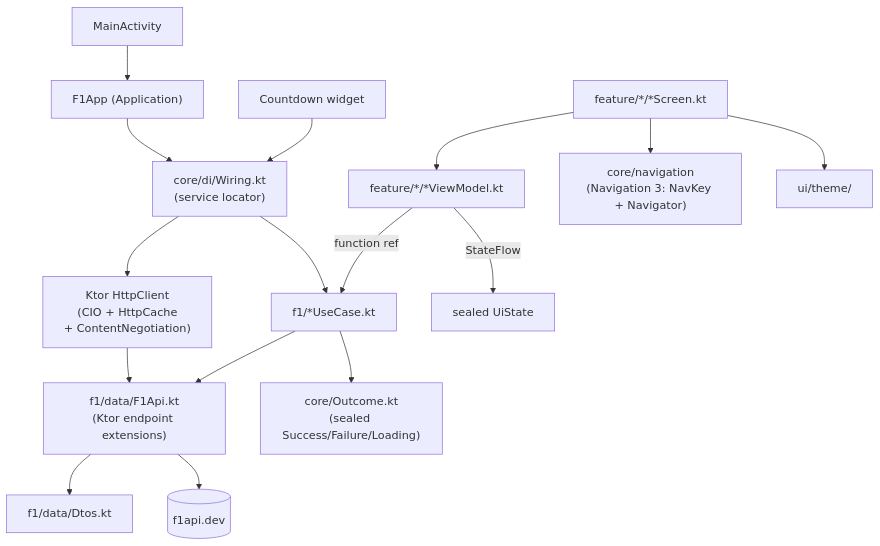
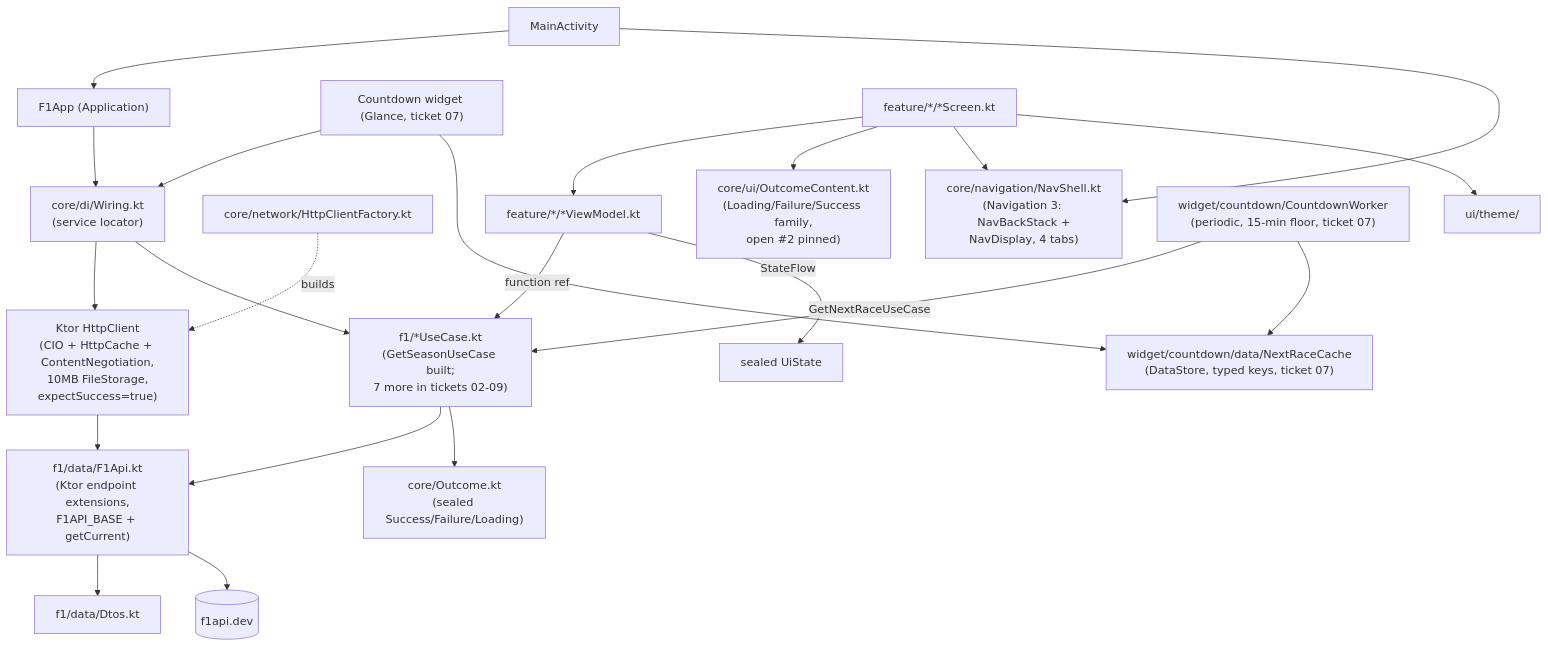
One commit to anpurnama11/my-f1-companion-app changed the diagram in lode/architecture/architecture.md. Above: the diagram before and after it, drawn with Mermaid. The commit also changed other lines of this file and 57 other files, not shown here.

````diff
--- a/lode/architecture/architecture.md
+++ b/lode/architecture/architecture.md
@@ -7,18 +24,27 @@
 ```mermaid
 flowchart TD
     MainActivity --> F1App
     F1App["F1App (Application)"] --> Wiring
-    Widget["Countdown widget"] --> Wiring
-    Wiring["core/di/Wiring.kt\n(service locator)"] --> HttpClient["Ktor HttpClient\n(CIO + HttpCache\n+ ContentNegotiation)"]
-    Wiring --> UseCases["f1/*UseCase.kt"]
-    HttpClient --> F1Api["f1/data/F1Api.kt\n(Ktor endpoint extensions)"]
+    Widget["Countdown widget (Glance, ticket 07)"] --> Wiring
+    Wiring["core/di/Wiring.kt\n(service locator)"] --> HttpClient["Ktor HttpClient\n(CIO + HttpCache + ContentNegotiation,\n10MB FileStorage,\nexpectSuccess=true)"]
+    Wiring --> UseCases["f1/*UseCase.kt
+(GetSeasonUseCase built;\n7 more in tickets 02-09)"]
+    HttpClientFactory["core/network/HttpClientFactory.kt"] -.->|builds| HttpClient
+    HttpClient --> F1Api["f1/data/F1Api.kt\n(Ktor endpoint extensions,\nF1API_BASE + getCurrent)"]
     F1Api --> DTOs["f1/data/Dtos.kt"]
     F1Api --> f1apiDev[("f1api.dev")]
     UseCases --> F1Api
     UseCases --> Outcome["core/Outcome.kt\n(sealed Success/Failure/Loading)"]
     ViewModel["feature/*/*ViewModel.kt"] -->|function ref| UseCases
     ViewModel -->|StateFlow| UiState["sealed UiState"]
     Screen["feature/*/*Screen.kt"] --> ViewModel
-    Screen --> Nav3["core/navigation\n(Navigation 3: NavKey + Navigator)"]
+    Screen --> OutcomeContent["core/ui/OutcomeContent.kt\n(Loading/Failure/Success family,\nopen #2 pinned)"]
+    Screen --> Nav3["core/navigation/NavShell.kt\n(Navigation 3: NavBackStack +\nNavDisplay, 4 tabs)"]
     Screen --> Theme["ui/theme/"]
+    CountdownWorker["widget/countdown/CountdownWorker
+(periodic, 15-min floor, ticket 07)"] -->|GetNextRaceUseCase| UseCases
+    CountdownWorker --> NextRaceCache["widget/countdown/data/NextRaceCache
+(DataStore<Preferences>, typed keys, ticket 07)"]
+    Widget --> NextRaceCache
+    MainActivity --> Nav3
 ```
````
